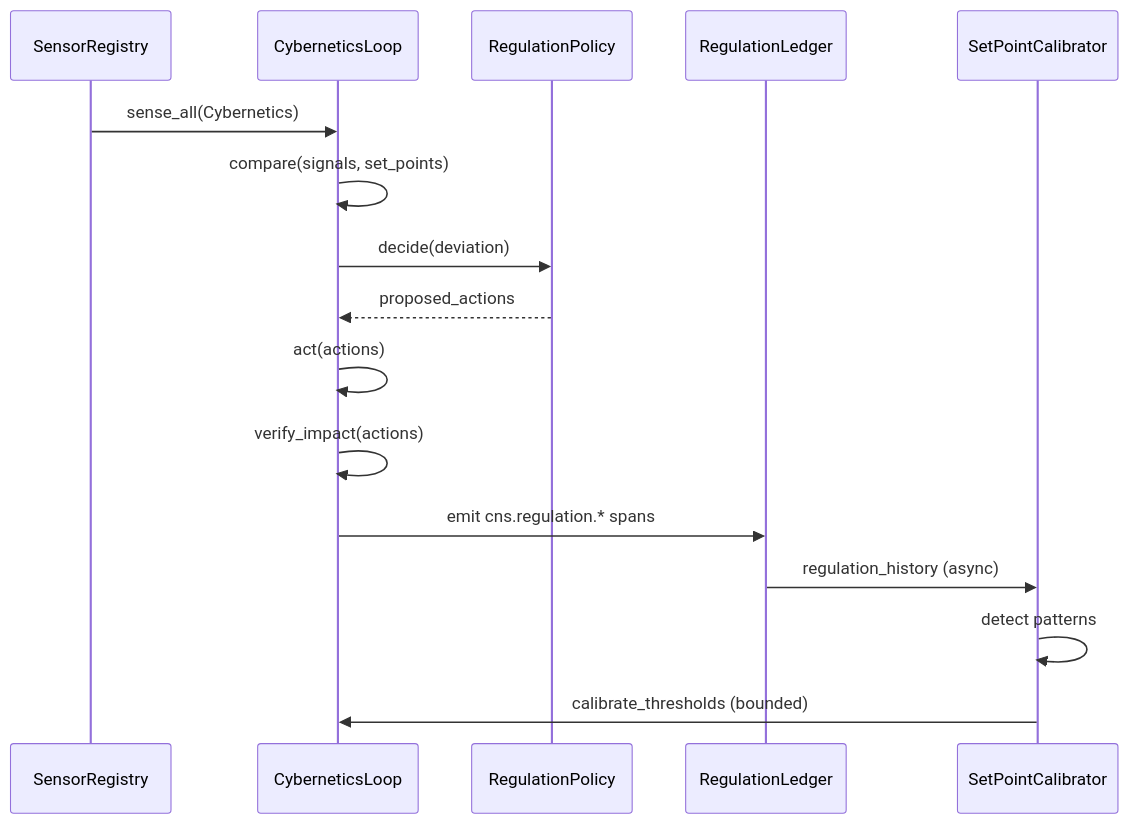
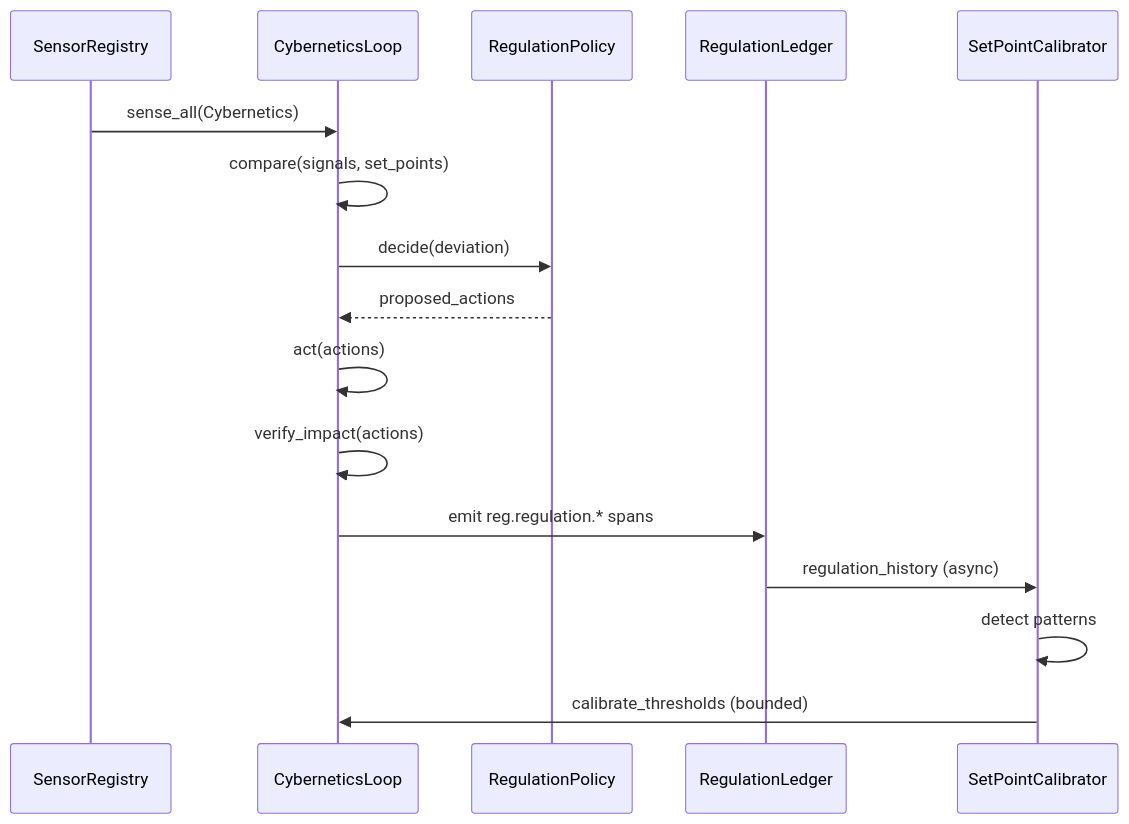
Before and after one commit to mdz-axo/hKask: the second of 6 diagrams in docs/architecture/core/toyota-kata-cybernetic-mapping.md, drawn with Mermaid. The commit also changed other lines of this file and 68 other files, not shown here.

First line of the commit message:
Rename CNS to Regulation across docs

````diff
--- a/docs/architecture/core/toyota-kata-cybernetic-mapping.md
+++ b/docs/architecture/core/toyota-kata-cybernetic-mapping.md
@@ -277,19 +277,19 @@
 ```mermaid
 sequenceDiagram
     participant SC as SensorRegistry
     participant CL as CyberneticsLoop
     participant RP as RegulationPolicy
     participant CR as RegulationLedger
     participant SPC as SetPointCalibrator
 
     SC->>CL: sense_all(Cybernetics)
     CL->>CL: compare(signals, set_points)
     CL->>RP: decide(deviation)
     RP-->>CL: proposed_actions
     CL->>CL: act(actions)
     CL->>CL: verify_impact(actions)
-    CL->>CR: emit cns.regulation.* spans
+    CL->>CR: emit reg.regulation.* spans
     CR->>SPC: regulation_history (async)
     SPC->>SPC: detect patterns
     SPC->>CL: calibrate_thresholds (bounded)
 ```
````
